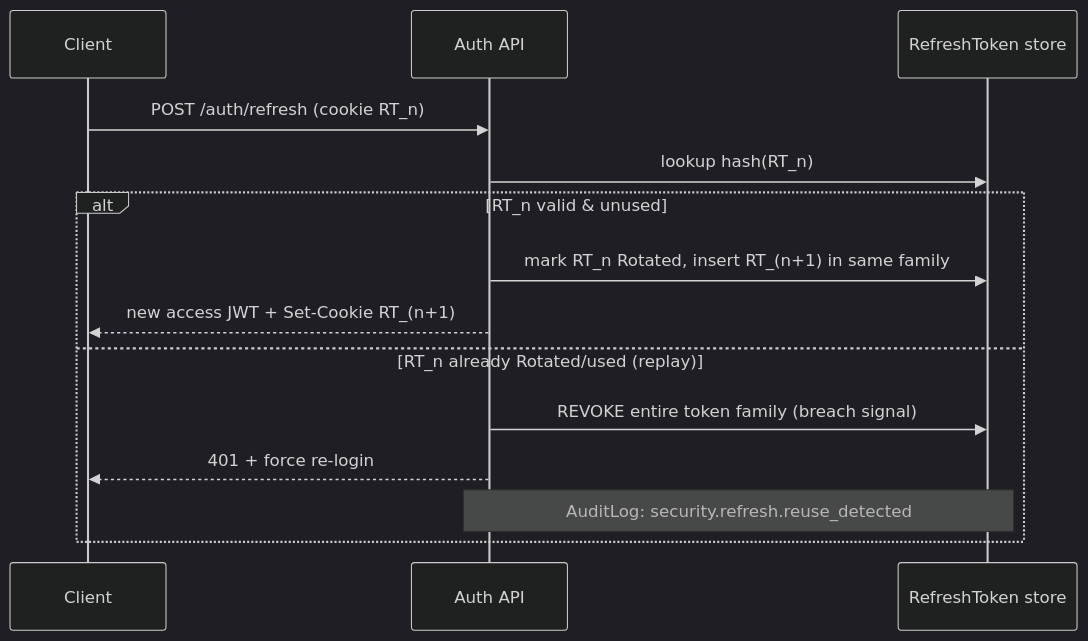
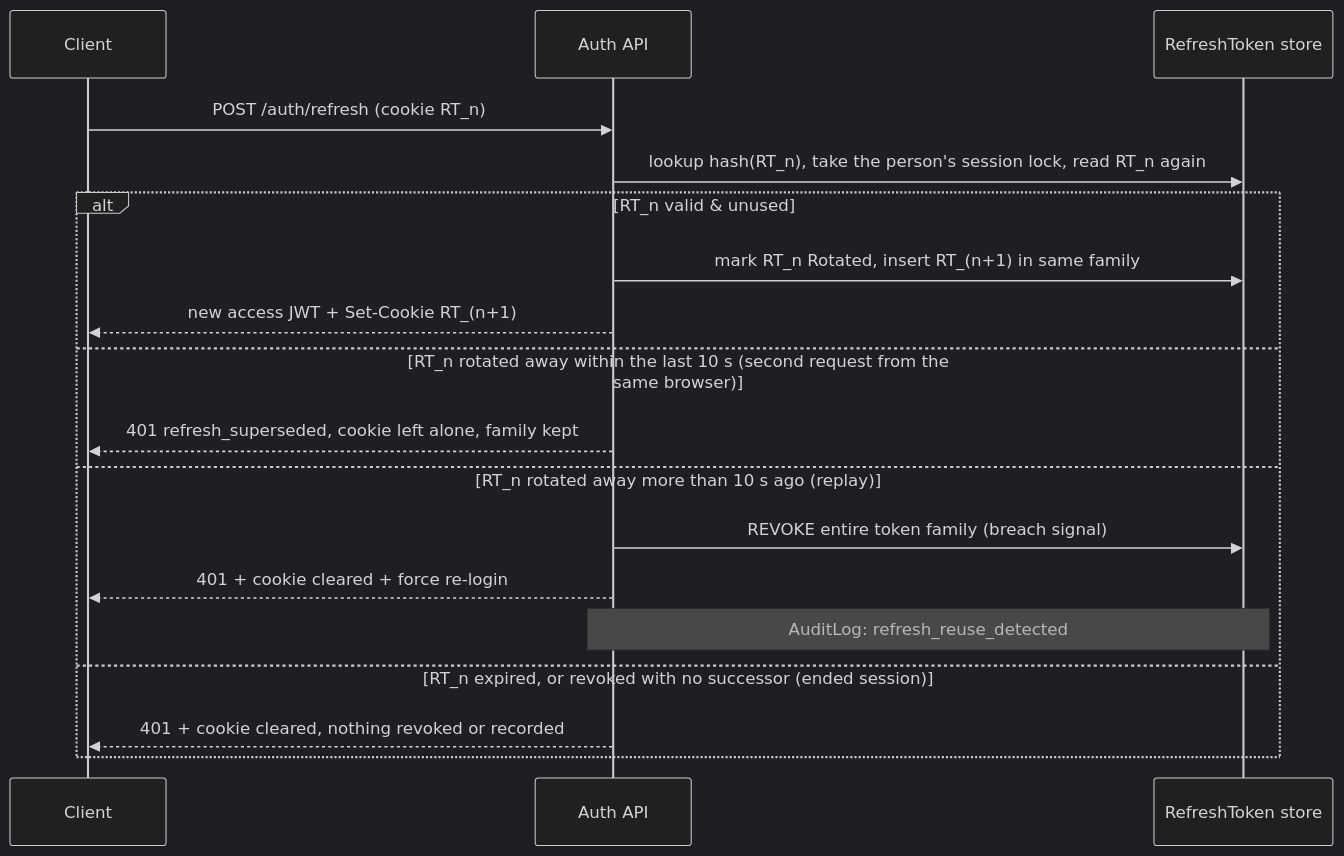
The second of 4 diagrams in docs/security/SECURITY-ARCHITECTURE.md (ZaidEng7/mots-supplier-portal), drawn with Mermaid (dark theme) before and after one commit. The commit also changed other lines of this file and 41 other files, not shown here.

First line of the commit message:
Sign-in security: store session audit rows, end sessions on sign-out, and serialise refresh against revocation (#236)

````diff
--- a/docs/security/SECURITY-ARCHITECTURE.md
+++ b/docs/security/SECURITY-ARCHITECTURE.md
@@ -93,16 +93,20 @@
 ```mermaid
 sequenceDiagram
   participant C as Client
   participant A as Auth API
   participant DB as RefreshToken store
   C->>A: POST /auth/refresh (cookie RT_n)
-  A->>DB: lookup hash(RT_n)
+  A->>DB: lookup hash(RT_n), take the person's session lock, read RT_n again
   alt RT_n valid & unused
     A->>DB: mark RT_n Rotated, insert RT_(n+1) in same family
     A-->>C: new access JWT + Set-Cookie RT_(n+1)
-  else RT_n already Rotated/used (replay)
+  else RT_n rotated away within the last 10 s (second request from the same browser)
+    A-->>C: 401 refresh_superseded, cookie left alone, family kept
+  else RT_n rotated away more than 10 s ago (replay)
     A->>DB: REVOKE entire token family (breach signal)
-    A-->>C: 401 + force re-login
-    Note over A,DB: AuditLog: security.refresh.reuse_detected
+    A-->>C: 401 + cookie cleared + force re-login
+    Note over A,DB: AuditLog: refresh_reuse_detected
+  else RT_n expired, or revoked with no successor (ended session)
+    A-->>C: 401 + cookie cleared, nothing revoked or recorded
   end
 ```
````
